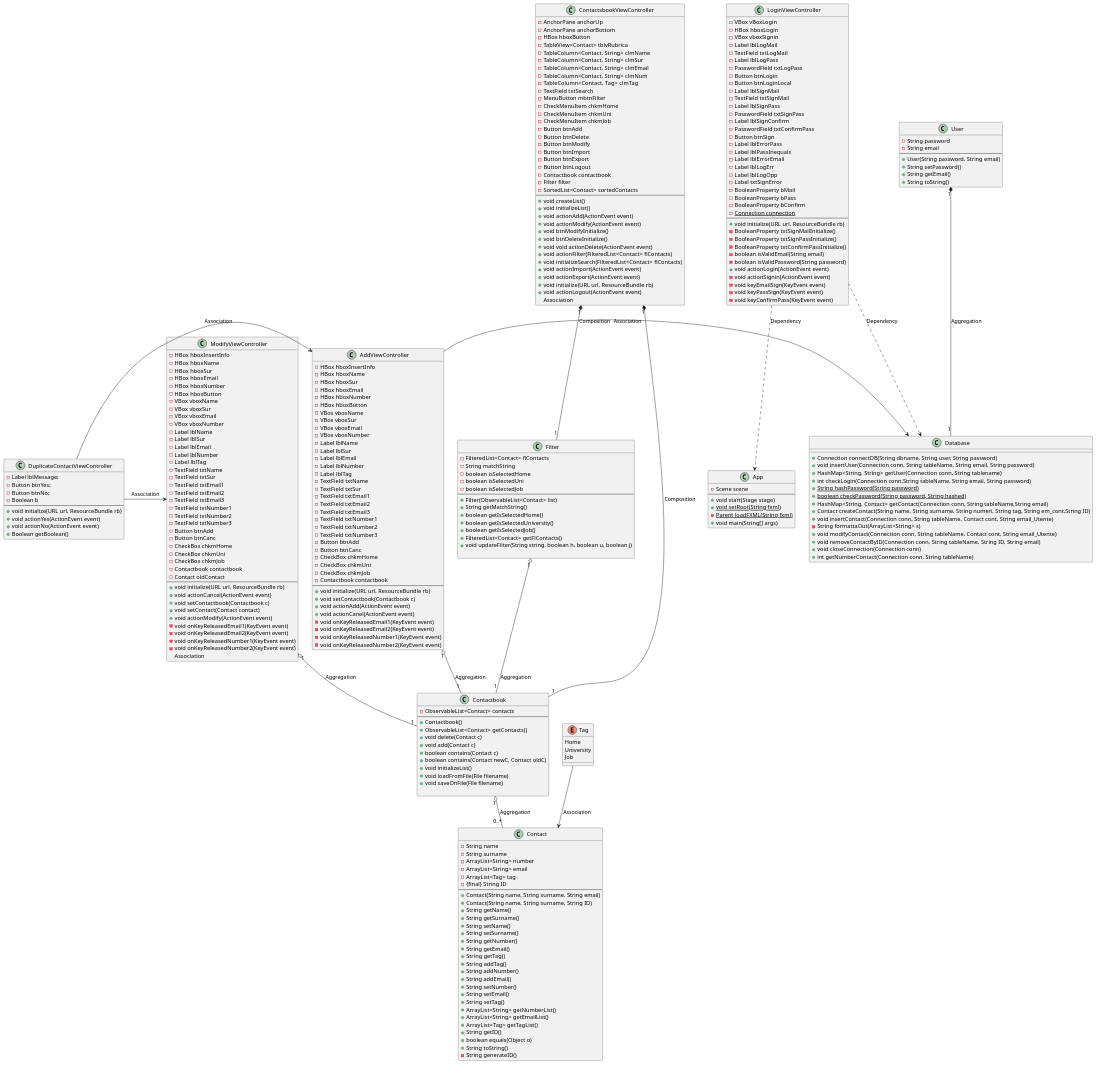
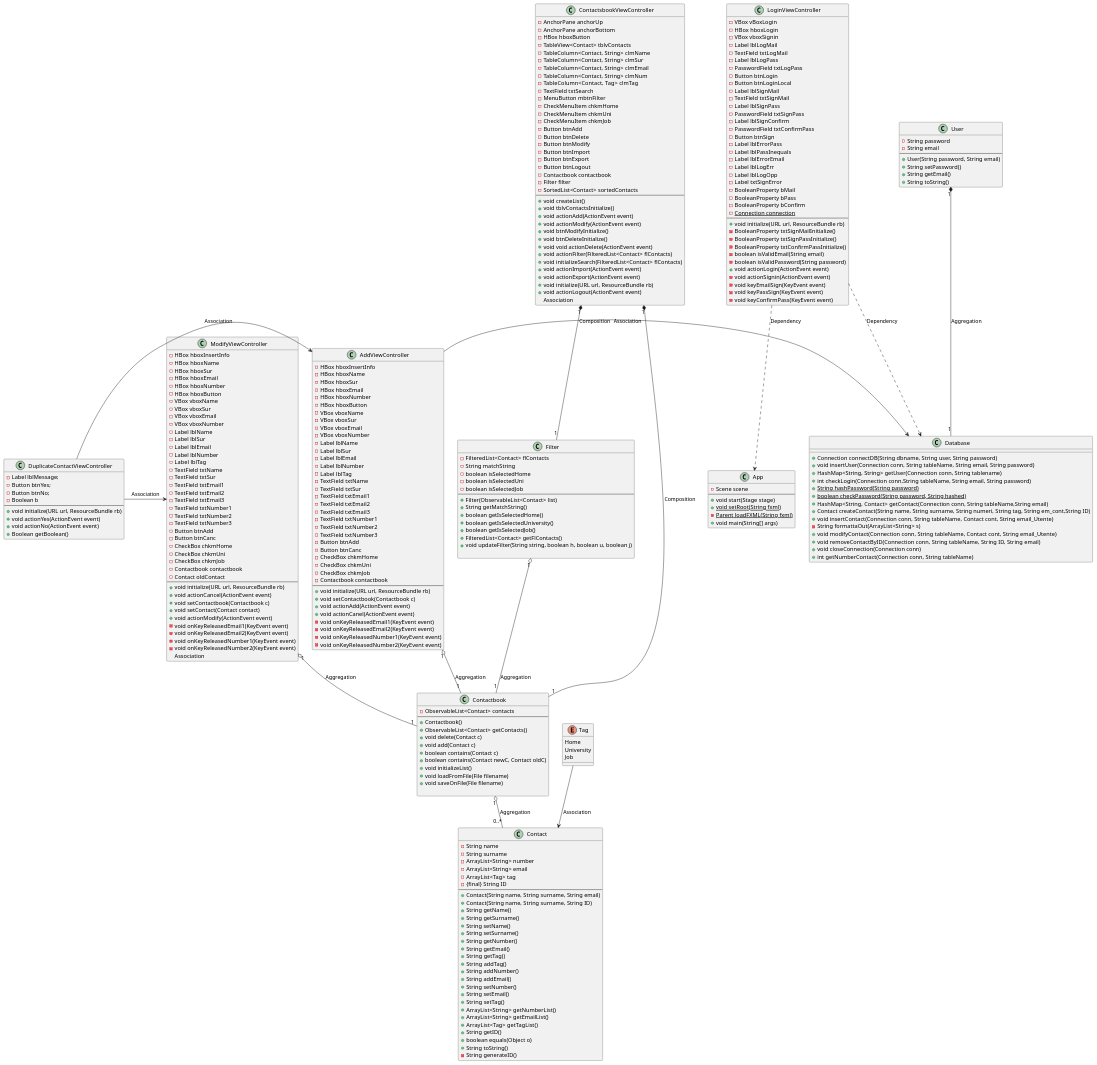
Before and after one commit to CupoMeridio/Rubrica-per-PC---Ingegneria-del-software-2024-2025---UNISA: the diagram in src/main/resources/DiagrammaDelleClassi/DiagrammaClassiFull.puml, drawn with PlantUML. The commit also changed 2 other files, not shown here.

Commit message:
Modifica diagrammaClassi

```diff
--- a/src/main/resources/DiagrammaDelleClassi/DiagrammaClassiFull.puml
+++ b/src/main/resources/DiagrammaDelleClassi/DiagrammaClassiFull.puml
@@ -230,7 +230,7 @@
     - AnchorPane anchorUp
     - AnchorPane anchorBottom
     - HBox hboxButton
-    - TableView<Contact> tblvRubrica
+    - TableView<Contact> tblvContacts
     - TableColumn<Contact, String> clmName
     - TableColumn<Contact, String> clmSur
     - TableColumn<Contact, String> clmEmail
@@ -252,7 +252,7 @@
     - SortedList<Contact> sortedContacts
     --
     + void createList()
-    + void initializeList()
+    + void tblvContactsInitialize()
     + void actionAdd(ActionEvent event)
     + void actionModify(ActionEvent event)
     + void btnModifyInitialize()
```
